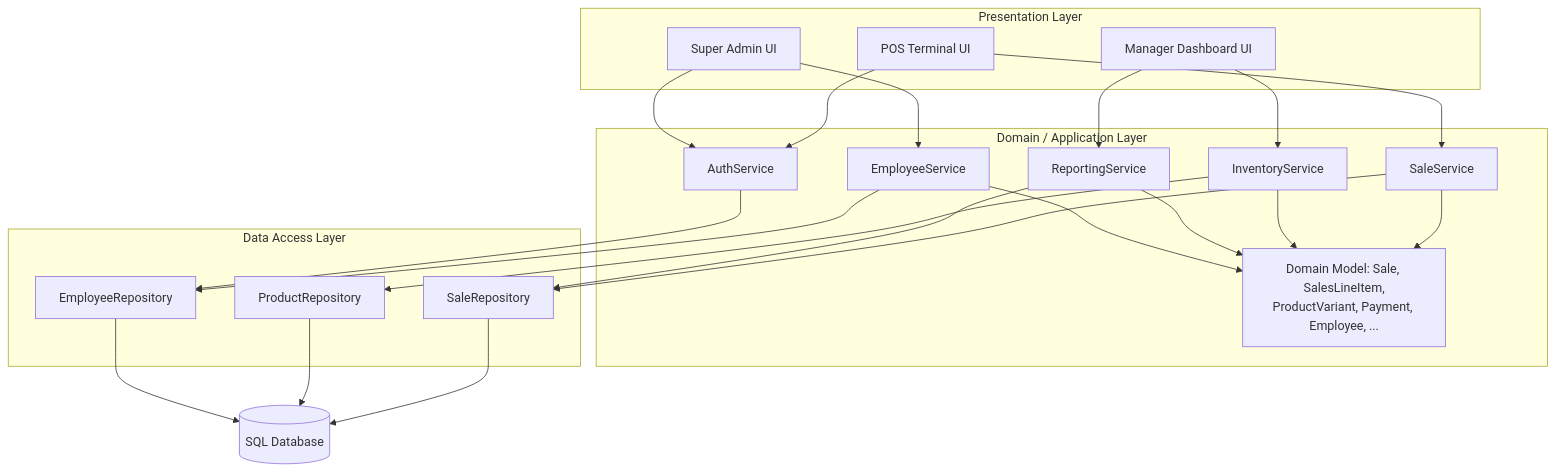
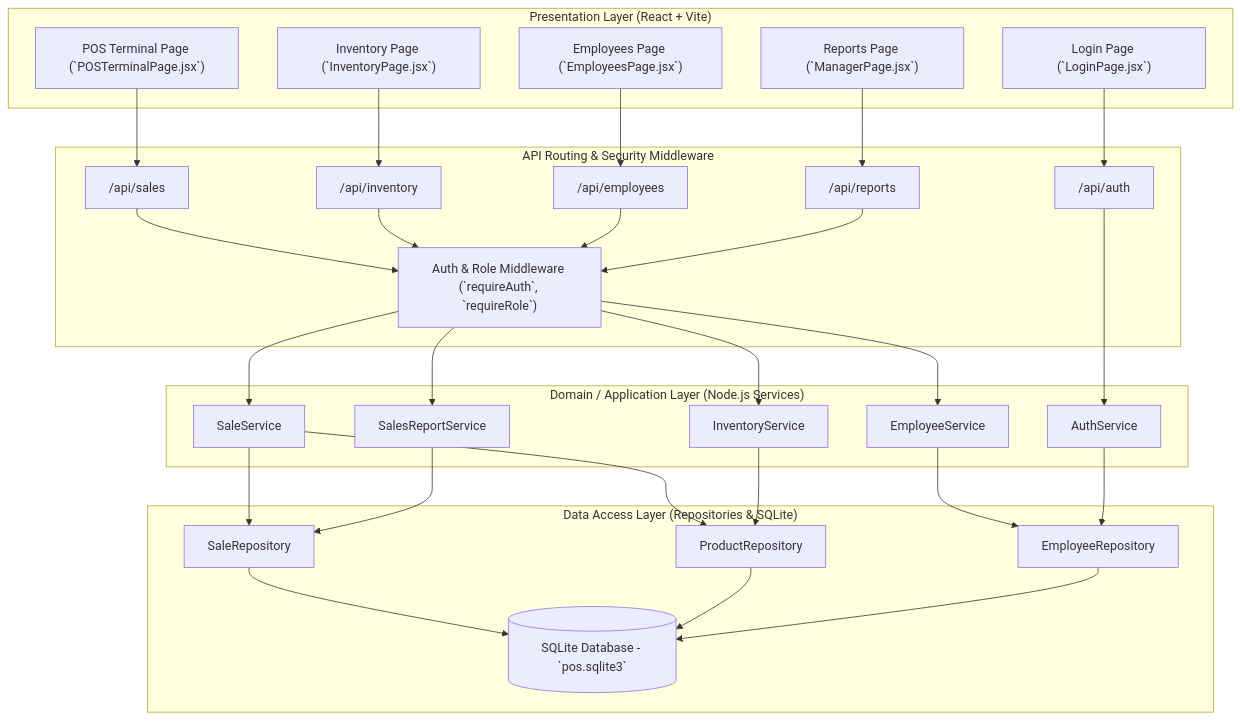
The diagram in docs/architecture.md (bwalya-star/POS-Retail-Clothing-Store), drawn with Mermaid before and after one commit. The commit also changed other lines of this file and 15 other files, not shown here.

````diff
--- a/docs/architecture.md
+++ b/docs/architecture.md
@@ -9,47 +12,57 @@
 ```mermaid
 flowchart TB
-    subgraph Presentation["Presentation Layer"]
-        UI1[POS Terminal UI]
-        UI2[Manager Dashboard UI]
-        UI3[Super Admin UI]
+    subgraph Presentation["Presentation Layer (React + Vite)"]
+        UI1["POS Terminal Page (`POSTerminalPage.jsx`)"]
+        UI2["Inventory Page (`InventoryPage.jsx`)"]
+        UI3["Employees Page (`EmployeesPage.jsx`)"]
+        UI4["Reports Page (`ManagerPage.jsx`)"]
+        UI5["Login Page (`LoginPage.jsx`)"]
     end
 
-    subgraph Domain["Domain / Application Layer"]
-        SaleSvc[SaleService]
-        InvSvc[InventoryService]
-        RptSvc[ReportingService]
-        AuthSvc[AuthService]
-        EmpSvc[EmployeeService]
-        DM[Domain Model: Sale, SalesLineItem,\nProductVariant, Payment, Employee, ...]
+    subgraph API_Routes["API Routing & Security Middleware"]
+        R1["`/api/sales`"]
+        R2["`/api/inventory`"]
+        R3["`/api/employees`"]
+        R4["`/api/reports`"]
+        R5["`/api/auth`"]
+        MW["Auth & Role Middleware (`requireAuth`, `requireRole`)"]
     end
 
-    subgraph DataAccess["Data Access Layer"]
-        SaleRepo[SaleRepository]
-        ProductRepo[ProductRepository]
-        EmpRepo[EmployeeRepository]
+    subgraph Domain["Domain / Application Layer (Node.js Services)"]
+        SaleSvc["`SaleService`"]
+        InvSvc["`InventoryService`"]
+        RptSvc["`SalesReportService`"]
+        AuthSvc["`AuthService`"]
+        EmpSvc["`EmployeeService`"]
     end
 
-    DB[(SQL Database)]
+    subgraph DataAccess["Data Access Layer (Repositories & SQLite)"]
+        SaleRepo["`SaleRepository`"]
+        ProductRepo["`ProductRepository`"]
+        EmpRepo["`EmployeeRepository`"]
+        DB[(SQLite Database - `pos.sqlite3`)]
+    end
 
-    UI1 --> SaleSvc
-    UI1 --> AuthSvc
-    UI2 --> InvSvc
-    UI2 --> RptSvc
-    UI3 --> EmpSvc
-    UI3 --> AuthSvc
+    UI1 --> R1
+    UI2 --> R2
+    UI3 --> R3
+    UI4 --> R4
+    UI5 --> R5
 
-    SaleSvc --> DM
-    InvSvc --> DM
-    RptSvc --> DM
-    EmpSvc --> DM
+    R1 --> MW --> SaleSvc
+    R2 --> MW --> InvSvc
+    R3 --> MW --> EmpSvc
+    R4 --> MW --> RptSvc
+    R5 --> AuthSvc
 
     SaleSvc --> SaleRepo
+    SaleSvc --> ProductRepo
     InvSvc --> ProductRepo
-    RptSvc --> SaleRepo
     EmpSvc --> EmpRepo
     AuthSvc --> EmpRepo
+    RptSvc --> SaleRepo
 
     SaleRepo --> DB
     ProductRepo --> DB
     EmpRepo --> DB
 ```
````
